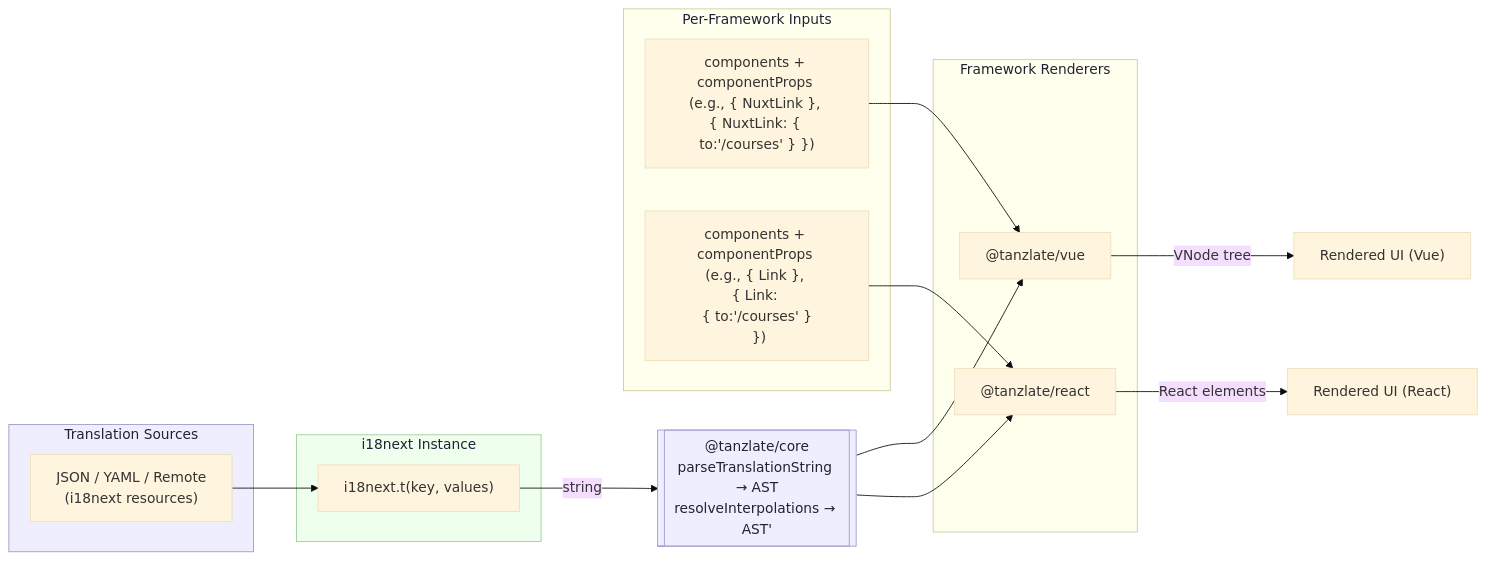
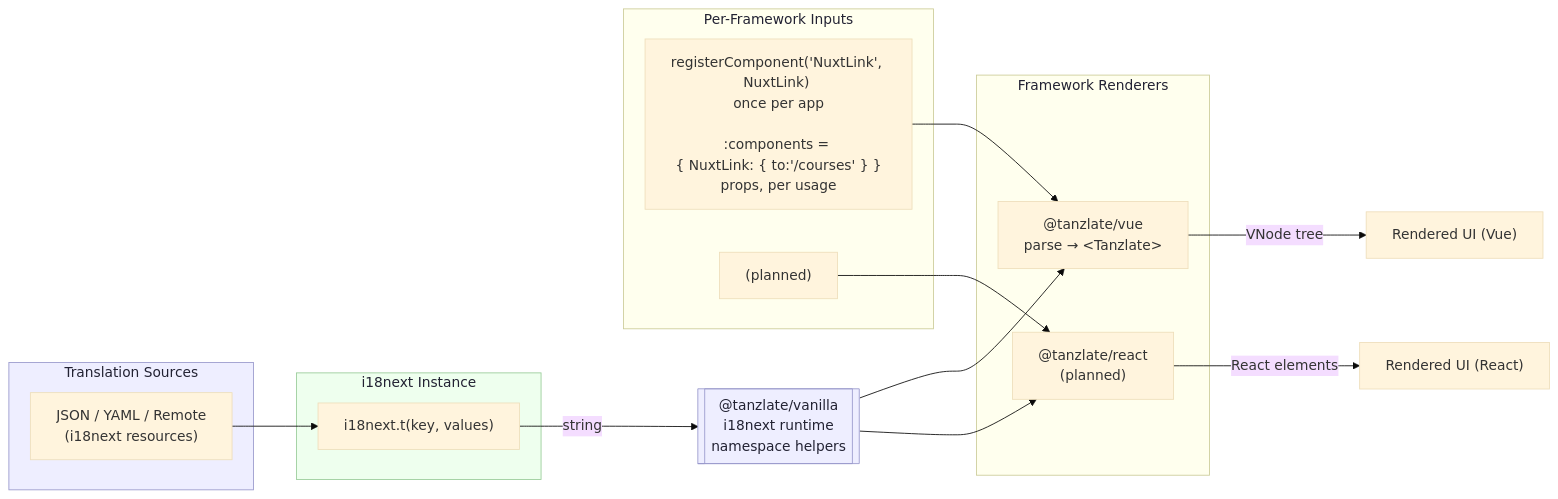
The first of 3 diagrams in docs/index.md (tanzlate/tanzlate), drawn with Mermaid (base theme) before and after one commit. The commit also changed other lines of this file and 18 other files, not shown here.

````diff
--- a/docs/index.md
+++ b/docs/index.md
@@ -31,45 +31,45 @@
 ```mermaid
 flowchart LR
   subgraph T["Translation Sources"]
     F1["JSON / YAML / Remote <br />(i18next resources)"]
   end
 
   subgraph I18N["i18next Instance"]
     I["i18next.t(key, values)"]
   end
 
   F1 --> I
 
-  C[["@tanzlate/core<br/>parseTranslationString → AST<br/>resolveInterpolations → AST'"]]
+  C[["@tanzlate/vanilla<br/>i18next runtime<br/>namespace helpers"]]
 
   subgraph FW["Framework Renderers"]
-    V["@tanzlate/vue<br /><RtTranslate>"]
-    R["@tanzlate/react<br /><Trans>"]
+    V["@tanzlate/vue<br />parse → &lt;Tanzlate&gt;"]
+    R["@tanzlate/react<br />(planned)"]
   end
 
   I -->|string| C
   C --> V
   C --> R
 
   subgraph Inputs["Per-Framework Inputs"]
-    VC["components + componentProps <br />(e.g., { NuxtLink }, <br />{ NuxtLink: { to:'/courses' } })"]
-    RC["components + componentProps <br />(e.g., { Link }, <br />{ Link: <br />{ to:'/courses' }<br /> })"]
+    VC["registerComponent('NuxtLink', NuxtLink) <br />once per app<br /><br />:components = <br />{ NuxtLink: { to:'/courses' } }<br />props, per usage"]
+    RC["(planned)"]
   end
 
   VC --> V
   RC --> R
 
   V -->|VNode tree| OUTV["Rendered UI (Vue)"]
   R -->|React elements| OUTR["Rendered UI (React)"]
 
   classDef k fill:#eef,stroke:#99c,stroke-width:1px,color:#223;
   classDef s fill:#efe,stroke:#9c9,stroke-width:1px,color:#223;
   classDef r fill:#ffe,stroke:#cc9,stroke-width:1px,color:#223;
 
   class T k
   class I18N s
   class C k
   class FW r
   class Inputs r
 
 ```
````
